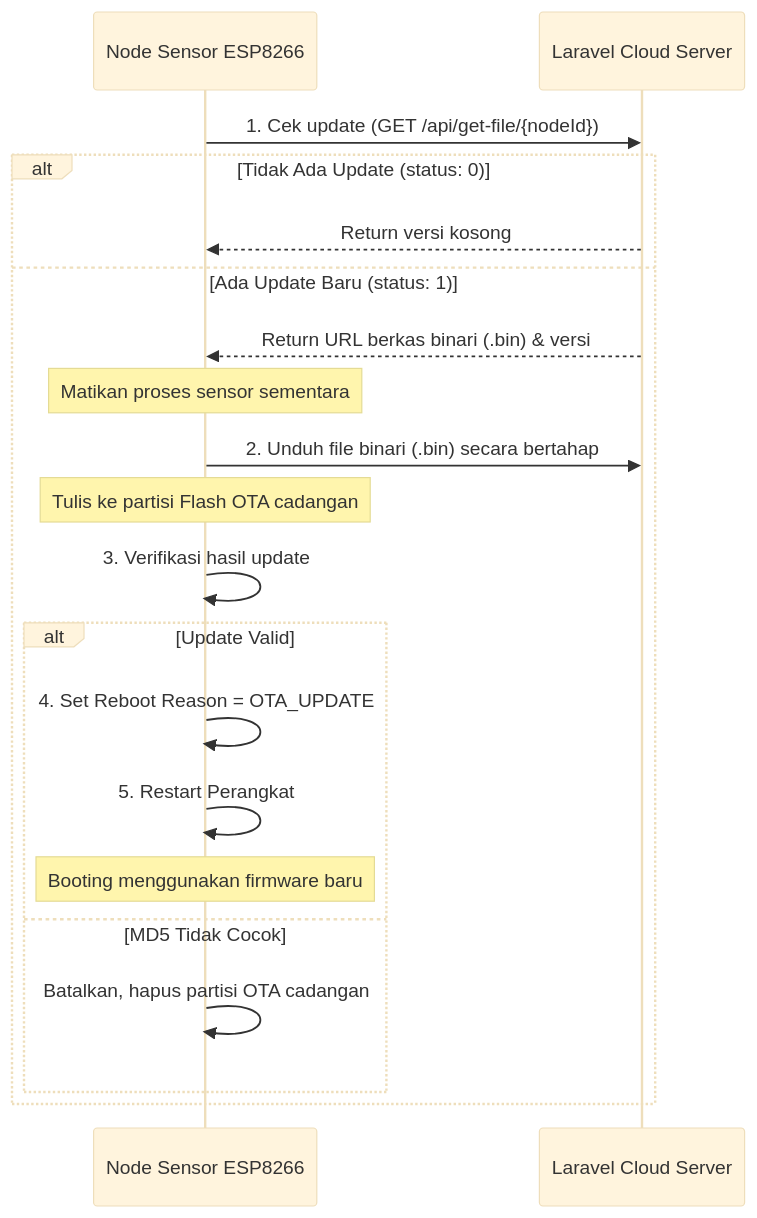
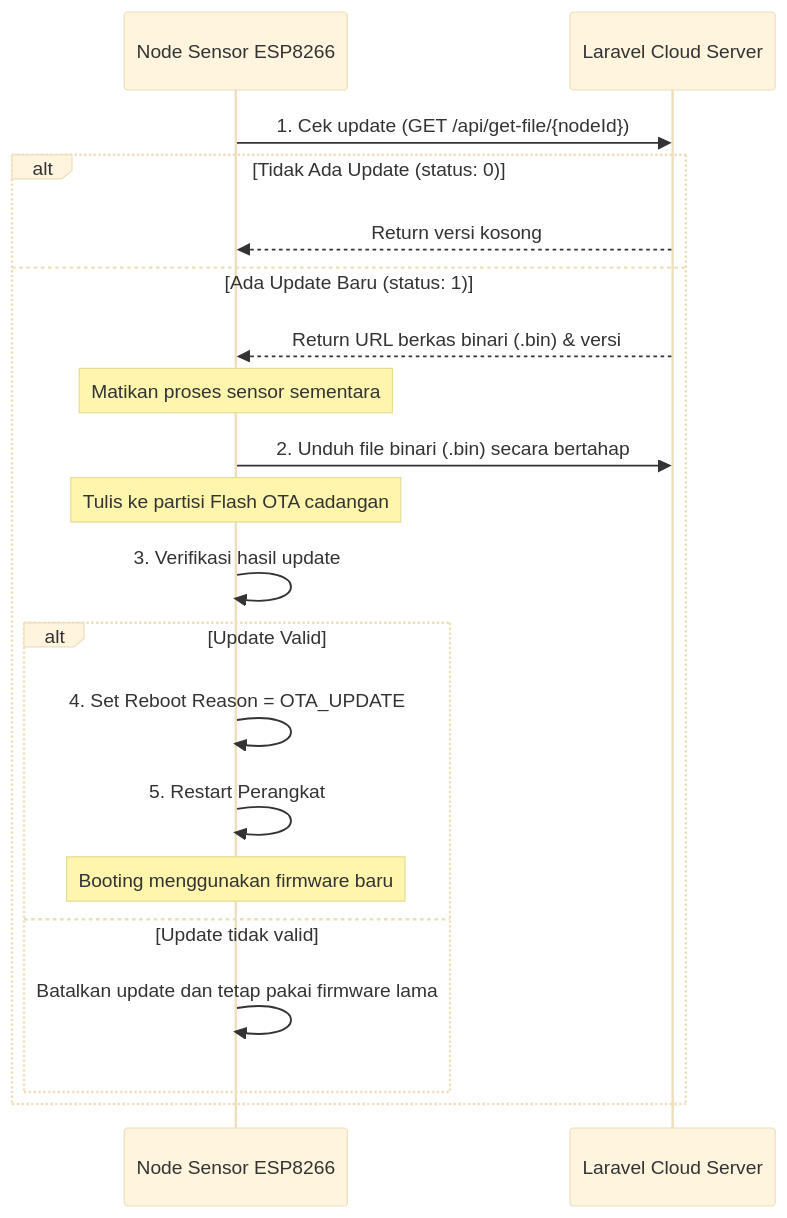
The diagram in src/content/docs/03-system-foundation/ota-update.md (dhimasardinata/ta-iot-greenhouse-docs), drawn with Mermaid (base theme) before and after one commit. The commit also changed 7 other files, not shown here.

Commit message:
fix(docs): render diagrams and correct facts

````diff
--- a/src/content/docs/03-system-foundation/ota-update.md
+++ b/src/content/docs/03-system-foundation/ota-update.md
@@ -19,23 +19,23 @@
 ```mermaid
 sequenceDiagram
     participant Perangkat as Node Sensor ESP8266
     participant Server as Laravel Cloud Server
 
     Perangkat->>Server: 1. Cek update (GET /api/get-file/{nodeId})
     alt Tidak Ada Update (status: 0)
         Server-->>Perangkat: Return versi kosong
     else Ada Update Baru (status: 1)
         Server-->>Perangkat: Return URL berkas binari (.bin) & versi
         Note over Perangkat: Matikan proses sensor sementara
         Perangkat->>Server: 2. Unduh file binari (.bin) secara bertahap
         Note over Perangkat: Tulis ke partisi Flash OTA cadangan
             Perangkat->>Perangkat: 3. Verifikasi hasil update
             alt Update Valid
             Perangkat->>Perangkat: 4. Set Reboot Reason = OTA_UPDATE
             Perangkat->>Perangkat: 5. Restart Perangkat
             Note over Perangkat: Booting menggunakan firmware baru
-        else MD5 Tidak Cocok
-            Perangkat->>Perangkat: Batalkan, hapus partisi OTA cadangan
+        else Update tidak valid
+            Perangkat->>Perangkat: Batalkan update dan tetap pakai firmware lama
         end
     end
 ```
````
